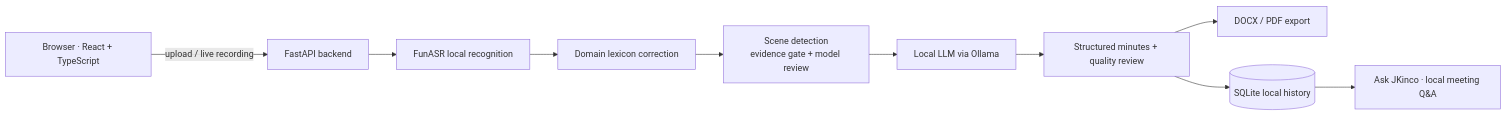
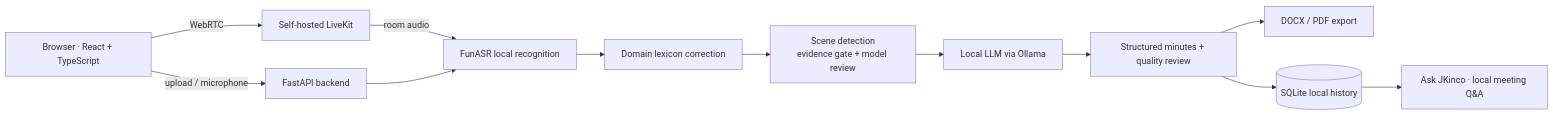
One commit to wenxuanzhang1209-cyber/jkinco-listen-open changed the diagram in docs/ARCHITECTURE.en.md. Above: the diagram before and after it, drawn with Mermaid. The commit also changed other lines of this file and 62 other files, not shown here.

````diff
--- a/docs/ARCHITECTURE.en.md
+++ b/docs/ARCHITECTURE.en.md
@@ -7,12 +7,14 @@
 ```mermaid
 flowchart LR
-    U[Browser · React + TypeScript] -->|upload / live recording| API[FastAPI backend]
-    API --> ASR[FunASR local recognition]
+    U[Browser · React + TypeScript] -->|WebRTC| LK[Self-hosted LiveKit]
+    U -->|upload / microphone| API[FastAPI backend]
+    LK -->|room audio| ASR[FunASR local recognition]
+    API --> ASR
     ASR --> LEX[Domain lexicon correction]
     LEX --> CLS[Scene detection<br/>evidence gate + model review]
     CLS --> LLM[Local LLM via Ollama]
     LLM --> MIN[Structured minutes + quality review]
     MIN --> EXP[DOCX / PDF export]
     MIN --> DB[(SQLite local history)]
     DB --> QA[Ask JKinco · local meeting Q&A]
 ```
````
